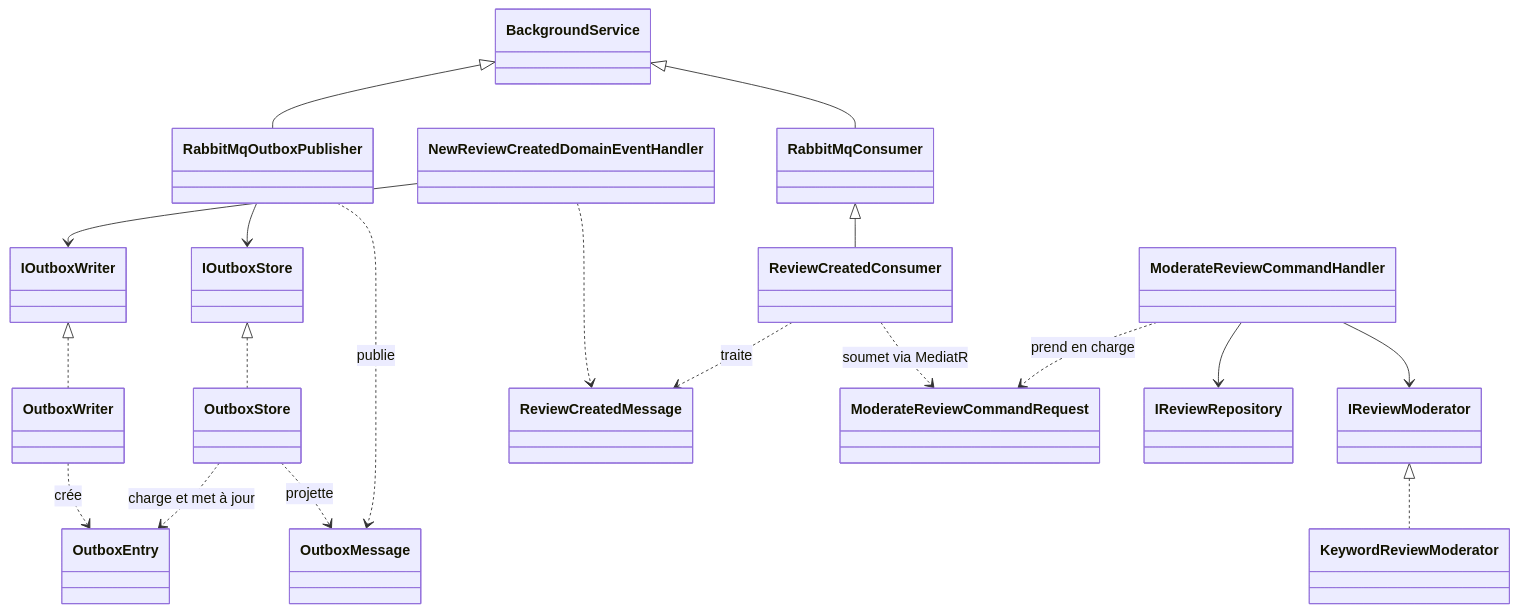
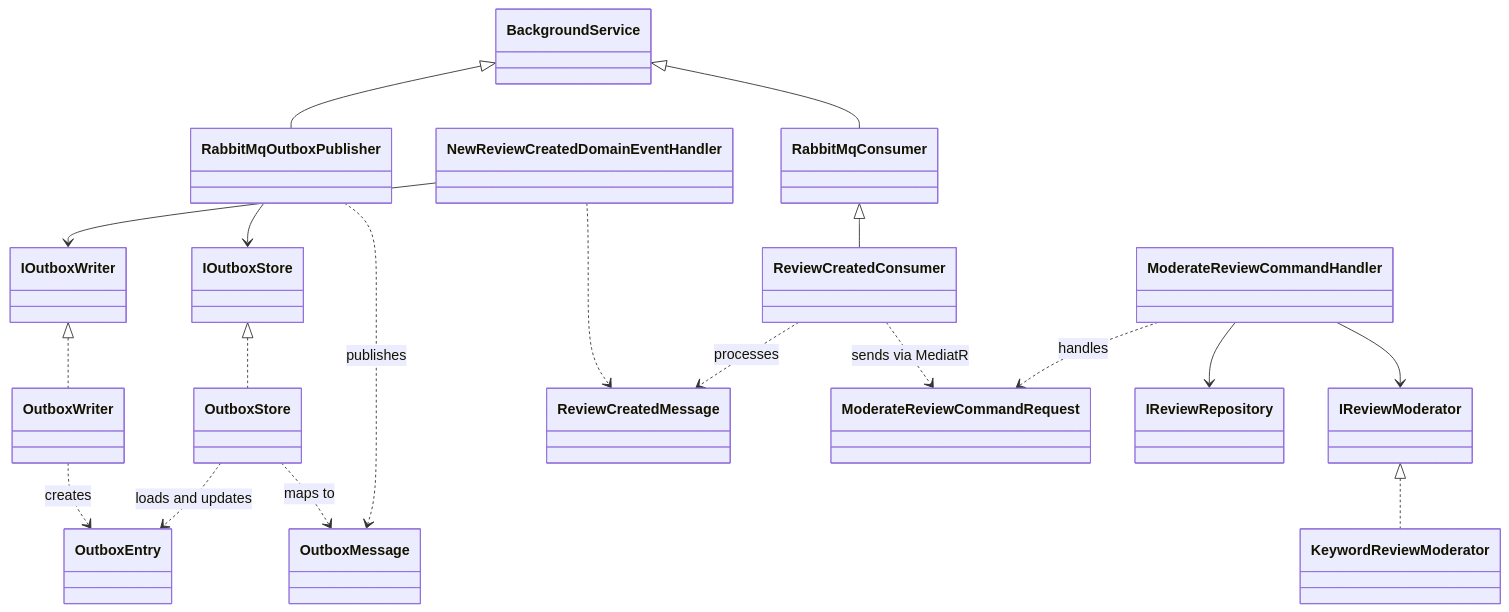
The fourth of 5 diagrams in docs/CLASSES.md (Fabian-Raeskinet/mydisk-api), drawn with Mermaid before and after one commit. The commit also changed other lines of this file and 5 other files, not shown here.

Commit message:
update documentation: rename use cases file and translate architecture content to English

````diff
--- a/docs/CLASSES.md
+++ b/docs/CLASSES.md
@@ -204,21 +204,21 @@
 ```mermaid
 classDiagram
     BackgroundService <|-- RabbitMqOutboxPublisher
     BackgroundService <|-- RabbitMqConsumer
     RabbitMqConsumer <|-- ReviewCreatedConsumer
     IOutboxWriter <|.. OutboxWriter
     IOutboxStore <|.. OutboxStore
     IReviewModerator <|.. KeywordReviewModerator
     NewReviewCreatedDomainEventHandler --> IOutboxWriter
     NewReviewCreatedDomainEventHandler ..> ReviewCreatedMessage
-    OutboxWriter ..> OutboxEntry : crée
-    OutboxStore ..> OutboxEntry : charge et met à jour
-    OutboxStore ..> OutboxMessage : projette
+    OutboxWriter ..> OutboxEntry : creates
+    OutboxStore ..> OutboxEntry : loads and updates
+    OutboxStore ..> OutboxMessage : maps to
     RabbitMqOutboxPublisher --> IOutboxStore
-    RabbitMqOutboxPublisher ..> OutboxMessage : publie
-    ReviewCreatedConsumer ..> ReviewCreatedMessage : traite
-    ReviewCreatedConsumer ..> ModerateReviewCommandRequest : soumet via MediatR
-    ModerateReviewCommandHandler ..> ModerateReviewCommandRequest : prend en charge
+    RabbitMqOutboxPublisher ..> OutboxMessage : publishes
+    ReviewCreatedConsumer ..> ReviewCreatedMessage : processes
+    ReviewCreatedConsumer ..> ModerateReviewCommandRequest : sends via MediatR
+    ModerateReviewCommandHandler ..> ModerateReviewCommandRequest : handles
     ModerateReviewCommandHandler --> IReviewRepository
     ModerateReviewCommandHandler --> IReviewModerator
 ```
````
